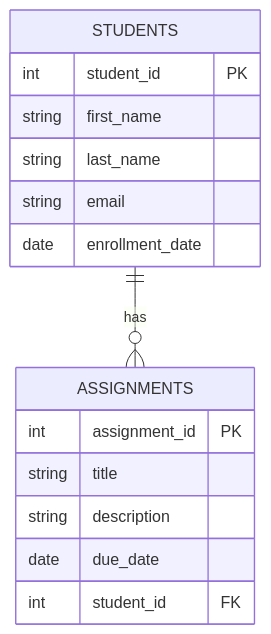
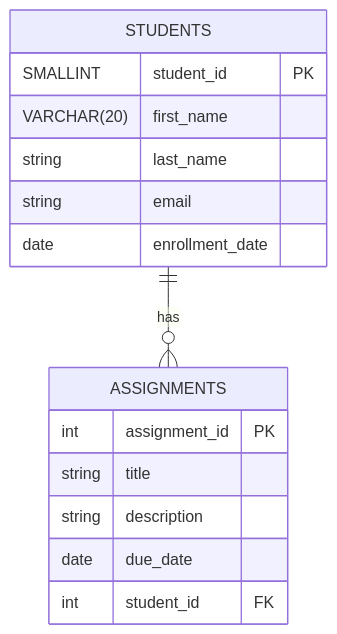
Before and after one commit to rbsteffes/CTI_110_SP2025: the diagram in ERD_Gradebook.md, drawn with Mermaid.

````diff
--- a/ERD_Gradebook.md
+++ b/ERD_Gradebook.md
@@ -1,19 +1,19 @@
 ```mermaid
 erDiagram
     STUDENTS {
-        int student_id PK
-        string first_name
+        SMALLINT student_id PK
+        VARCHAR(20) first_name
         string last_name
         string email
         date enrollment_date
     }
     ASSIGNMENTS {
         int assignment_id PK
         string title
         string description
         date due_date
         int student_id FK
     }
     STUDENTS ||--o{ ASSIGNMENTS : "has"
 
 ```
````
